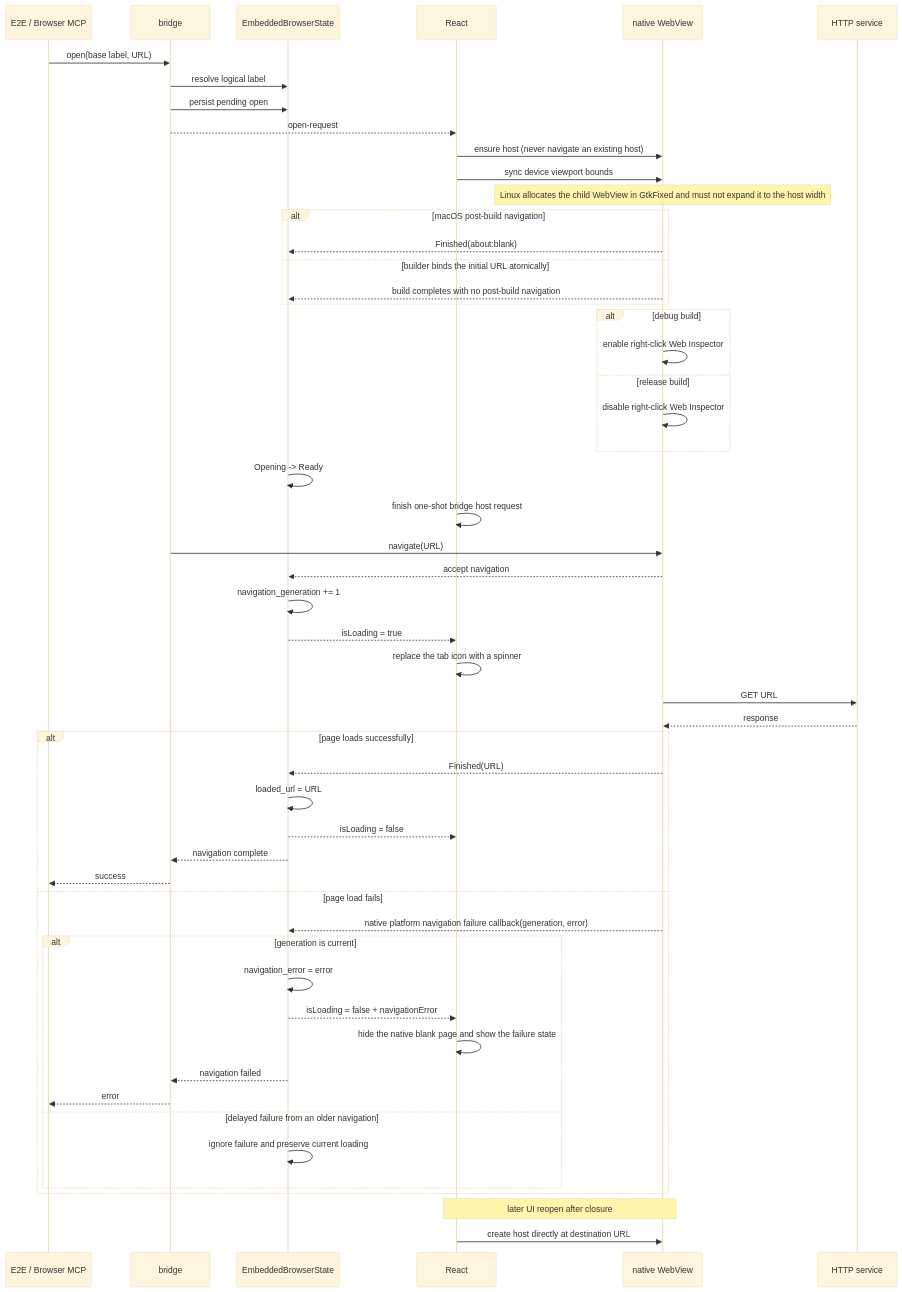
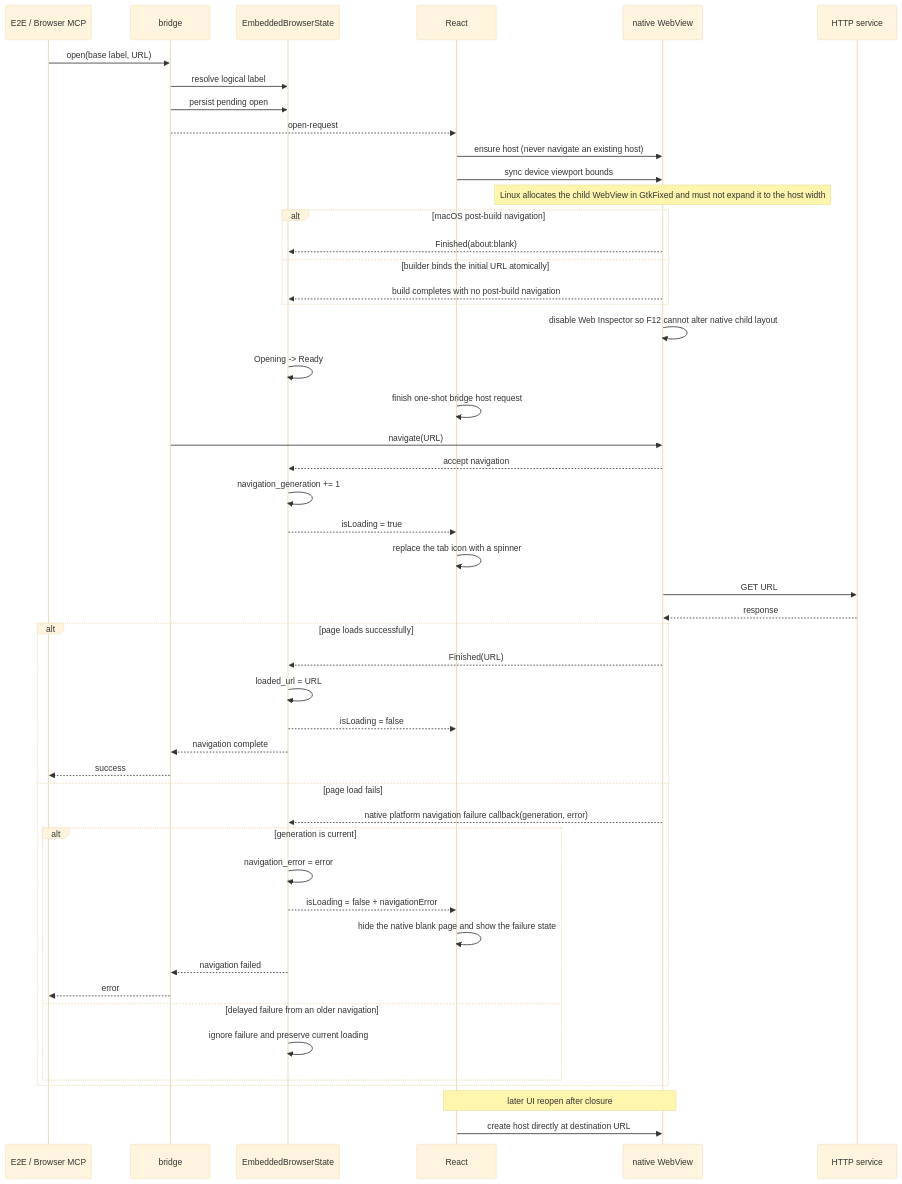
One commit to wecode-ai/Wegent changed the second of 2 diagrams in docs/en/architecture/embedded-browser.md. Above: the diagram before and after it, drawn with Mermaid (base theme). The commit also changed other lines of this file and 6 other files, not shown here.

Commit message:
fix(wework): disable embedded browser inspector

````diff
--- a/docs/en/architecture/embedded-browser.md
+++ b/docs/en/architecture/embedded-browser.md
@@ -42,57 +40,53 @@
 ```mermaid
 sequenceDiagram
     participant C as E2E / Browser MCP
     participant B as bridge
     participant S as EmbeddedBrowserState
     participant R as React
     participant W as native WebView
     participant H as HTTP service
 
     C->>B: open(base label, URL)
     B->>S: resolve logical label
     B->>S: persist pending open
     B-->>R: open-request
     R->>W: ensure host (never navigate an existing host)
     R->>W: sync device viewport bounds
     Note over W: Linux allocates the child WebView in GtkFixed and must not expand it to the host width
     alt macOS post-build navigation
         W-->>S: Finished(about:blank)
     else builder binds the initial URL atomically
         W-->>S: build completes with no post-build navigation
     end
-    alt debug build
-        W->>W: enable right-click Web Inspector
-    else release build
-        W->>W: disable right-click Web Inspector
-    end
+    W->>W: disable Web Inspector so F12 cannot alter native child layout
     S->>S: Opening -> Ready
     R->>R: finish one-shot bridge host request
     B->>W: navigate(URL)
     W-->>S: accept navigation
     S->>S: navigation_generation += 1
     S-->>R: isLoading = true
     R->>R: replace the tab icon with a spinner
     W->>H: GET URL
     H-->>W: response
     alt page loads successfully
         W-->>S: Finished(URL)
         S->>S: loaded_url = URL
         S-->>R: isLoading = false
         S-->>B: navigation complete
         B-->>C: success
     else page load fails
         W-->>S: native platform navigation failure callback(generation, error)
         alt generation is current
             S->>S: navigation_error = error
             S-->>R: isLoading = false + navigationError
             R->>R: hide the native blank page and show the failure state
             S-->>B: navigation failed
             B-->>C: error
         else delayed failure from an older navigation
             S->>S: ignore failure and preserve current loading
         end
     end
 
     Note over R,W: later UI reopen after closure
     R->>W: create host directly at destination URL
 ```
````
